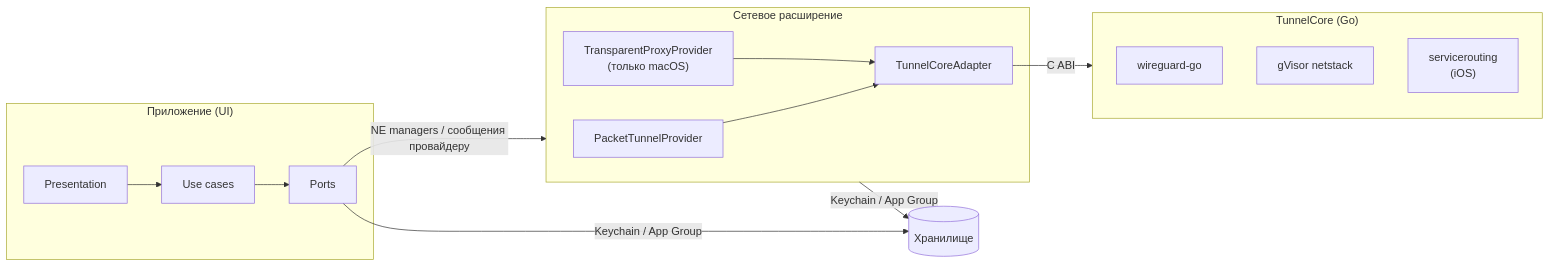
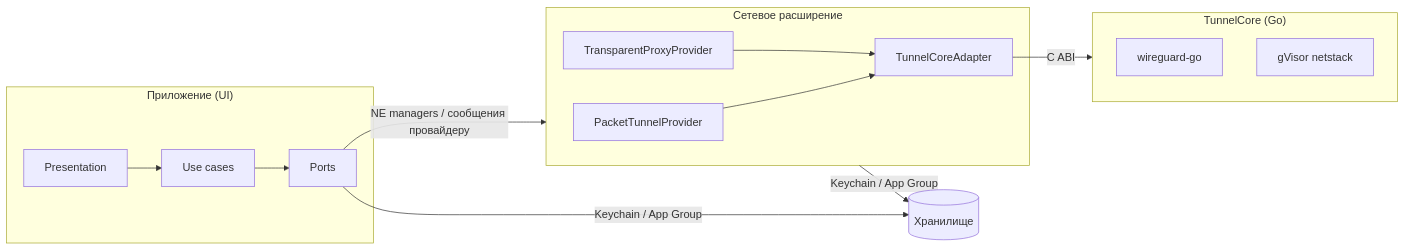
The diagram in docs/02-architecture.md (facelessdiplomat/splitway), drawn with Mermaid before and after one commit. The commit also changed other lines of this file and 24 other files, not shown here.

````diff
--- a/docs/02-architecture.md
+++ b/docs/02-architecture.md
@@ -23,23 +23,22 @@
 ```mermaid
 flowchart LR
   subgraph App["Приложение (UI)"]
     UI[Presentation] --> UC[Use cases]
     UC --> Ports
   end
   subgraph Ext["Сетевое расширение"]
     PT[PacketTunnelProvider]
-    TP["TransparentProxyProvider<br/>(только macOS)"]
+    TP[TransparentProxyProvider]
     Engine[TunnelCoreAdapter]
     PT --> Engine
     TP --> Engine
   end
   subgraph Go["TunnelCore (Go)"]
     WG[wireguard-go]
     NS[gVisor netstack]
-    SR["servicerouting<br/>(iOS)"]
   end
   Ports -- "NE managers / сообщения провайдеру" --> Ext
   Ports -- "Keychain / App Group" --> Store[(Хранилище)]
   Ext -- "Keychain / App Group" --> Store
   Engine -- C ABI --> Go
 ```
````
